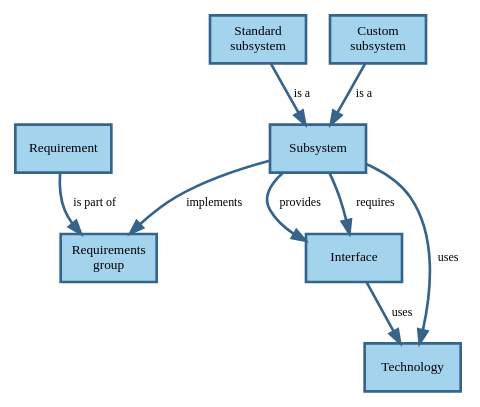
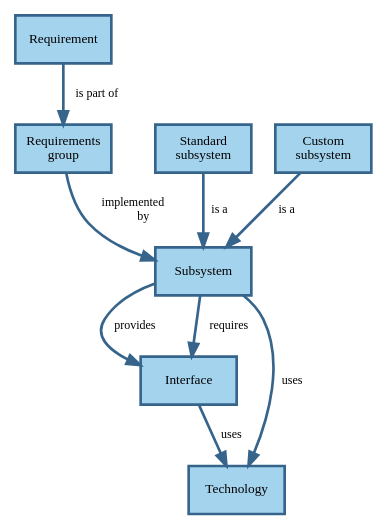
One commit to setms/book changed the second of 3 diagrams in docs/design/analysis.md. Above: the diagram before and after it, drawn with Graphviz. The commit also changed other lines of this file, not shown here.

````diff
--- a/docs/design/analysis.md
+++ b/docs/design/analysis.md
@@ -29,24 +58,24 @@
 ```dot process
 digraph architecting {
   node [shape=rect, style="filled", fixedsize=true, width=1, height=0.5, fillcolor=lightskyblue2,
     color=steelblue4, penwidth=2, fontsize=10];
   edge [fontsize=9, color=steelblue4, penwidth=2];
 
   R [label="Requirement"];
   RG [label="Requirements\ngroup"];
   C [label="Subsystem"];
   SC [label="Standard\nsubsystem"];
   CC [label="Custom\nsubsystem"];
   I [label="Interface"];
   T [label="Technology"];
 
-  R -> RG [label=" is part of"];
-  C -> RG [label="implements   "];
+  R -> RG [label="  is part of"];
+  RG -> C [label="implemented       \nby"];
   C -> T [label="  uses"];
   I -> T [label=" uses"];
-  SC -> C [label="is a"];
+  SC -> C [label="  is a"];
   CC -> C [label=" is a"];
   C -> I [label=" provides   "];
   C -> I [label="  requires"];
 }
 ```
````
